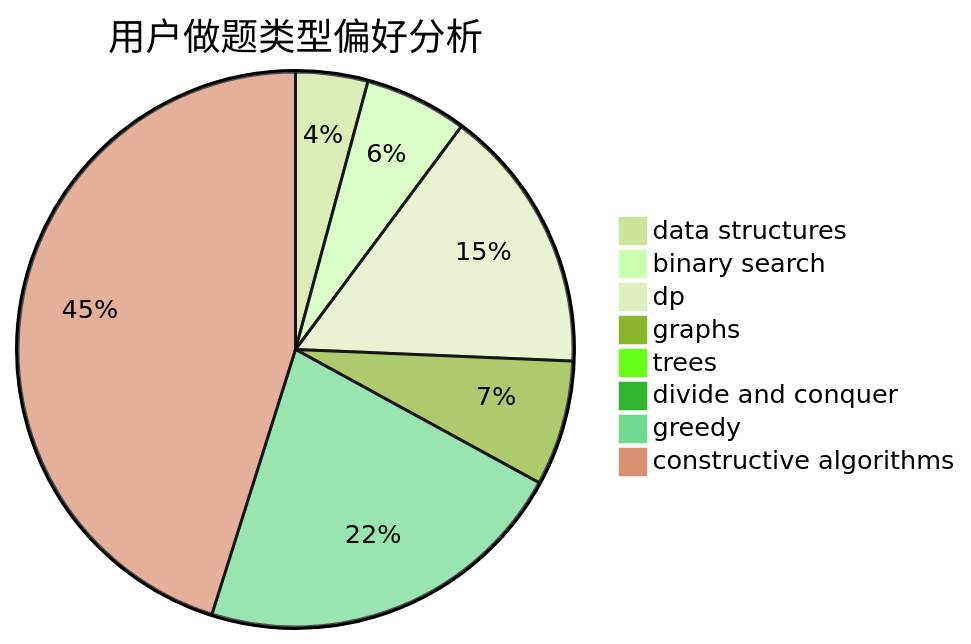
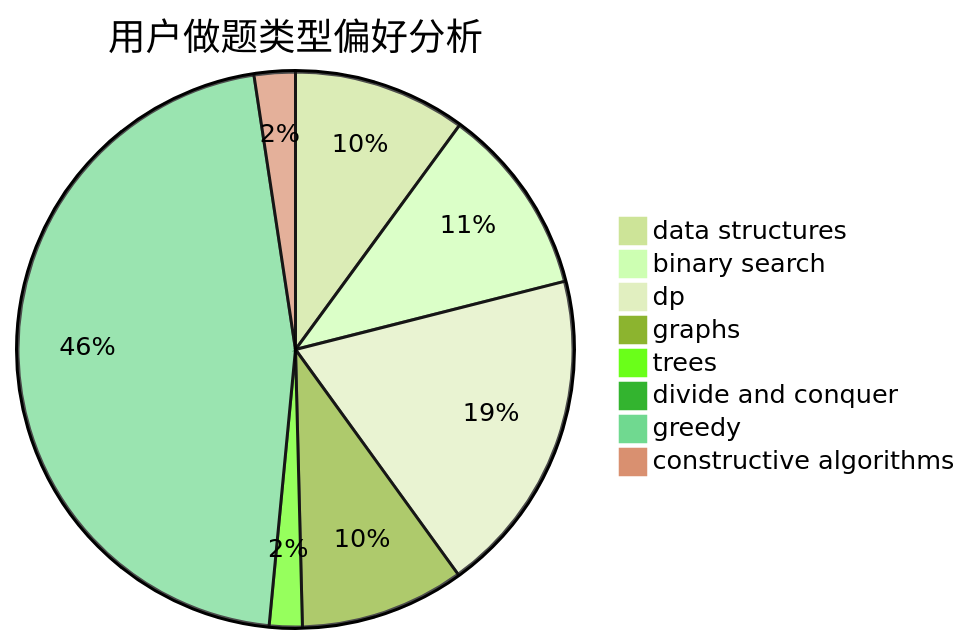
Before and after one commit to sherpahu/cfrs.github.io: the second of 3 diagrams in docs/user/u622.md, drawn with Mermaid (forest theme). The commit also changed other lines of this file and 2770 other files, not shown here.

````diff
--- a/docs/user/u622.md
+++ b/docs/user/u622.md
@@ -23,11 +23,11 @@
 ```mermaid
 pie title 用户做题类型偏好分析
-    "data structures" :  19
-    "binary search" :  27
-    "dp" :  70
-    "graphs" :  33
-    "trees" :  4
-    "divide and conquer" :  0
-    "greedy" :  99
-    "constructive algorithms" :  204
+    "data structures" :  63
+    "binary search" :  69
+    "dp" :  119
+    "graphs" :  60
+    "trees" :  12
+    "divide and conquer" :  3
+    "greedy" :  289
+    "constructive algorithms" :  15
 ```
````
